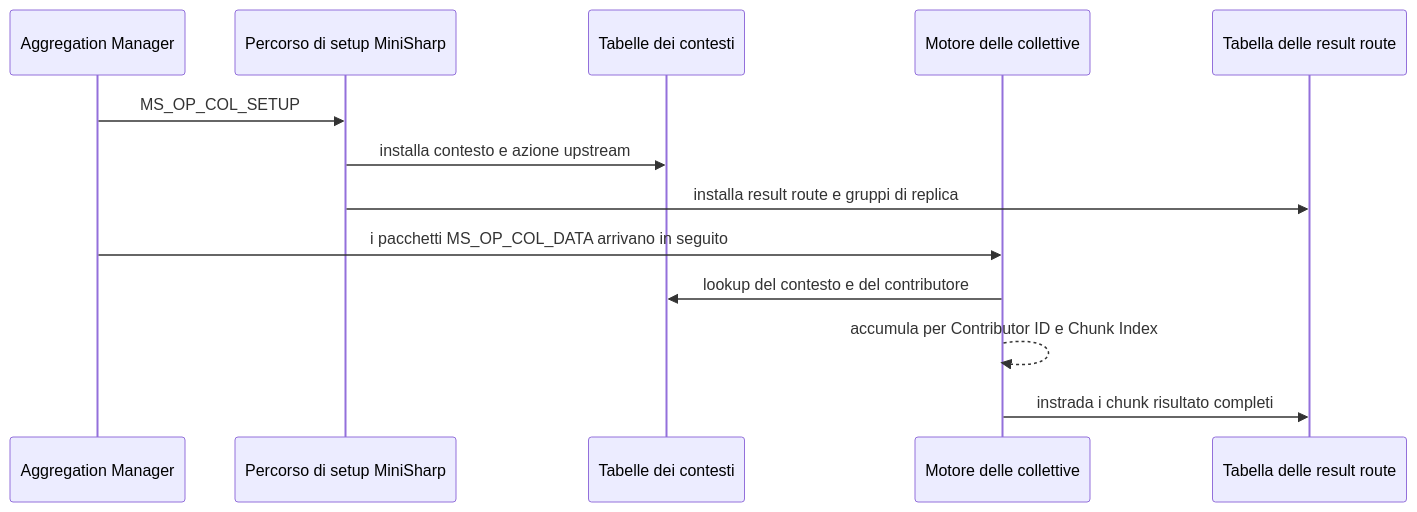
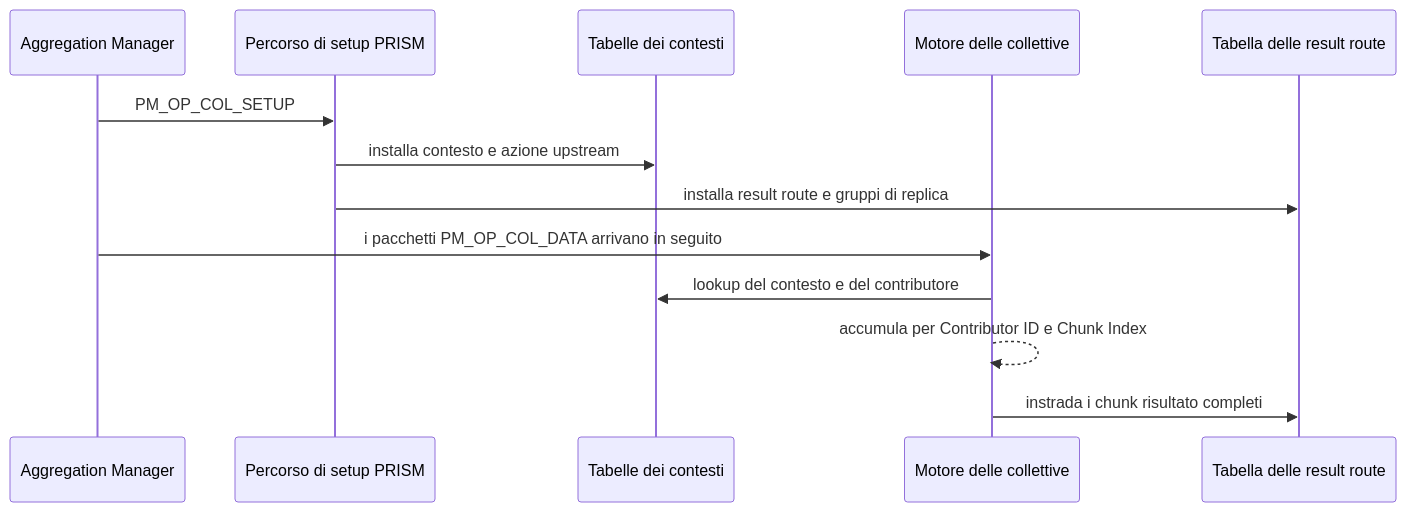
The third of 13 diagrams in docs/chapters/3-architecture/protocol.it.md (uniquadev/prism), drawn with Mermaid before and after one commit. The commit also changed other lines of this file and 21 other files, not shown here.

Commit message:
Rename MiniSharp to PRISM

````diff
--- a/docs/chapters/3-architecture/protocol.it.md
+++ b/docs/chapters/3-architecture/protocol.it.md
@@ -305,16 +305,16 @@
 ```mermaid
 sequenceDiagram
     participant AM as Aggregation Manager
-    participant SW as Percorso di setup MiniSharp
+    participant SW as Percorso di setup PRISM
     participant CTX as Tabelle dei contesti
     participant CE as Motore delle collettive
     participant RRT as Tabella delle result route
 
-    AM->>SW: MS_OP_COL_SETUP
+    AM->>SW: PM_OP_COL_SETUP
     SW->>CTX: installa contesto e azione upstream
     SW->>RRT: installa result route e gruppi di replica
-    AM->>CE: i pacchetti MS_OP_COL_DATA arrivano in seguito
+    AM->>CE: i pacchetti PM_OP_COL_DATA arrivano in seguito
     CE->>CTX: lookup del contesto e del contributore
     CE-->>CE: accumula per Contributor ID e Chunk Index
     CE->>RRT: instrada i chunk risultato completi
 ```
````
